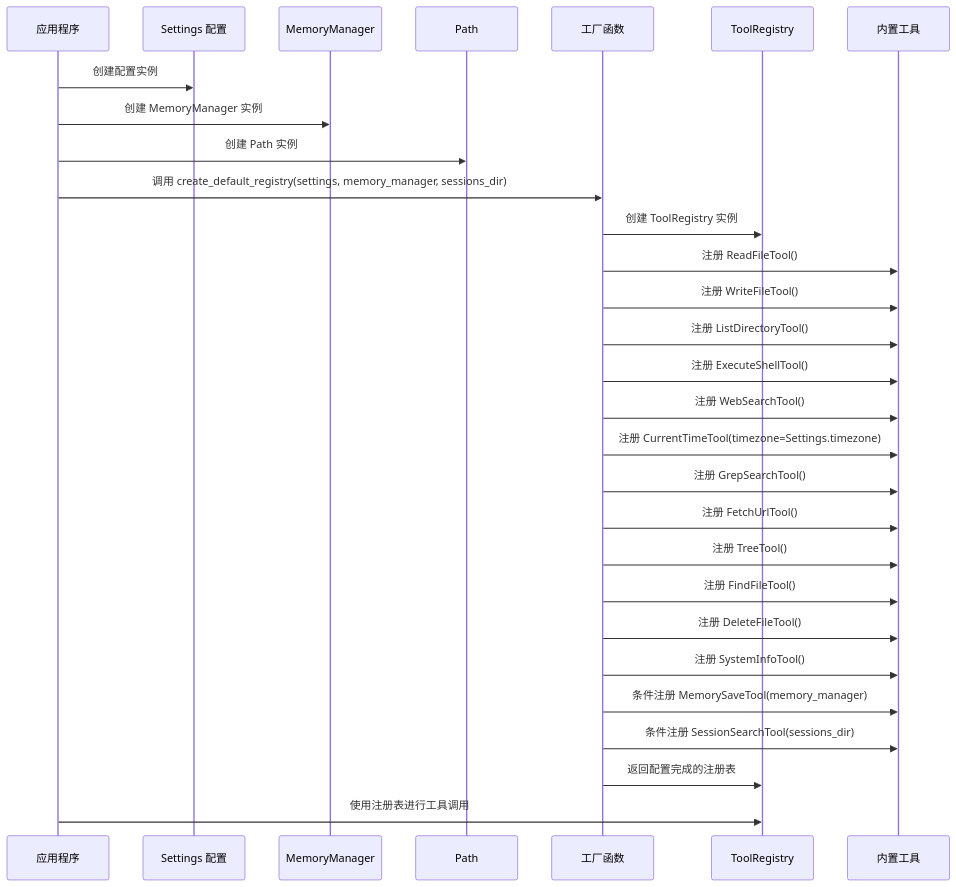
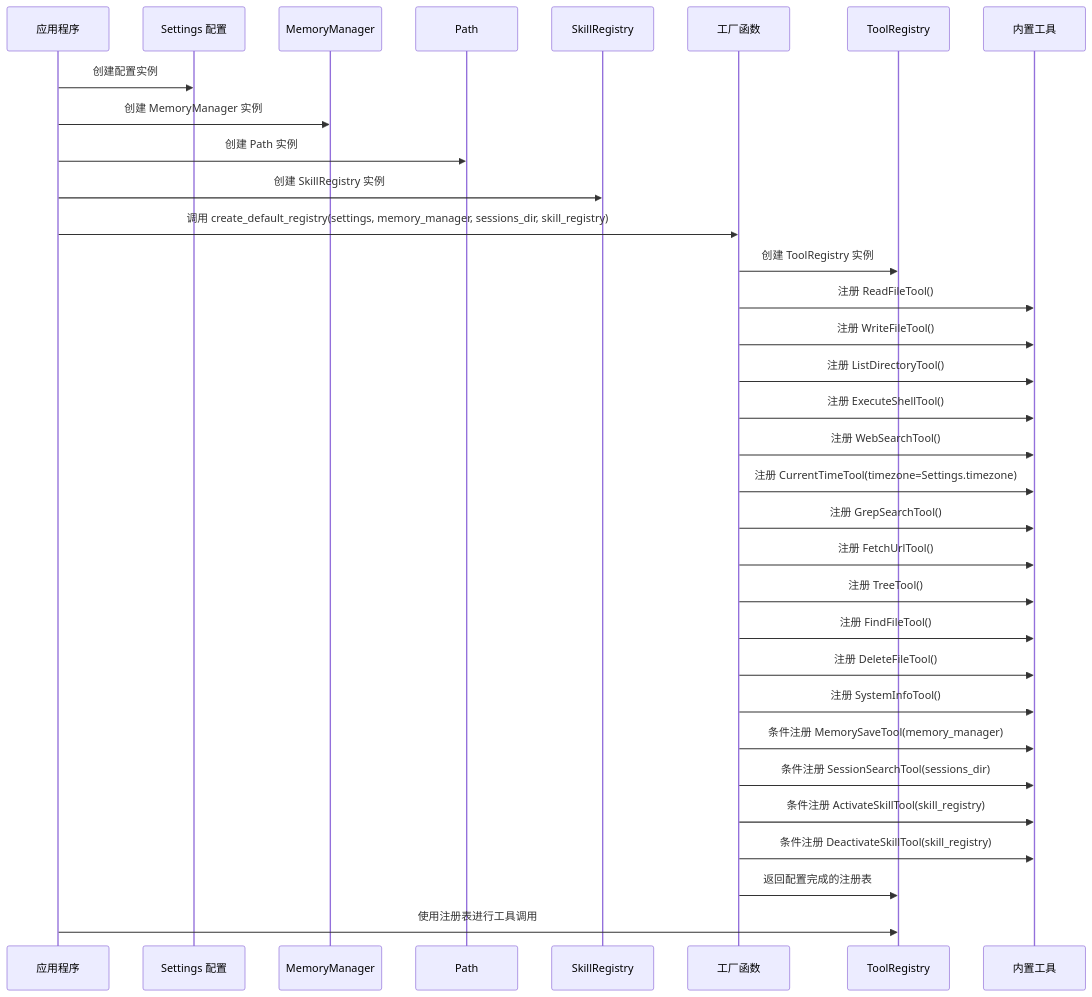
Before and after one commit to 250shiwo/MySmallAgent: the eighth of 15 diagrams in .qoder/repowiki/zh/content/核心模块详解/工具系统架构.md, drawn with Mermaid. The commit also changed other lines of this file and 28 other files, not shown here.

````diff
--- a/.qoder/repowiki/zh/content/核心模块详解/工具系统架构.md
+++ b/.qoder/repowiki/zh/content/核心模块详解/工具系统架构.md
@@ -807,31 +907,35 @@
 ```mermaid
 sequenceDiagram
 participant App as 应用程序
 participant Settings as Settings 配置
 participant MemoryManager as MemoryManager
 participant SessionsDir as Path
+participant SkillRegistry as SkillRegistry
 participant Factory as 工厂函数
 participant Registry as ToolRegistry
 participant Tools as 内置工具
 App->>Settings : 创建配置实例
 App->>MemoryManager : 创建 MemoryManager 实例
 App->>SessionsDir : 创建 Path 实例
-App->>Factory : 调用 create_default_registry(settings, memory_manager, sessions_dir)
+App->>SkillRegistry : 创建 SkillRegistry 实例
+App->>Factory : 调用 create_default_registry(settings, memory_manager, sessions_dir, skill_registry)
 Factory->>Registry : 创建 ToolRegistry 实例
 Factory->>Tools : 注册 ReadFileTool()
 Factory->>Tools : 注册 WriteFileTool()
 Factory->>Tools : 注册 ListDirectoryTool()
 Factory->>Tools : 注册 ExecuteShellTool()
 Factory->>Tools : 注册 WebSearchTool()
 Factory->>Tools : 注册 CurrentTimeTool(timezone=Settings.timezone)
 Factory->>Tools : 注册 GrepSearchTool()
 Factory->>Tools : 注册 FetchUrlTool()
 Factory->>Tools : 注册 TreeTool()
 Factory->>Tools : 注册 FindFileTool()
 Factory->>Tools : 注册 DeleteFileTool()
 Factory->>Tools : 注册 SystemInfoTool()
 Factory->>Tools : 条件注册 MemorySaveTool(memory_manager)
 Factory->>Tools : 条件注册 SessionSearchTool(sessions_dir)
+Factory->>Tools : 条件注册 ActivateSkillTool(skill_registry)
+Factory->>Tools : 条件注册 DeactivateSkillTool(skill_registry)
 Factory->>Registry : 返回配置完成的注册表
 App->>Registry : 使用注册表进行工具调用
 ```
````
